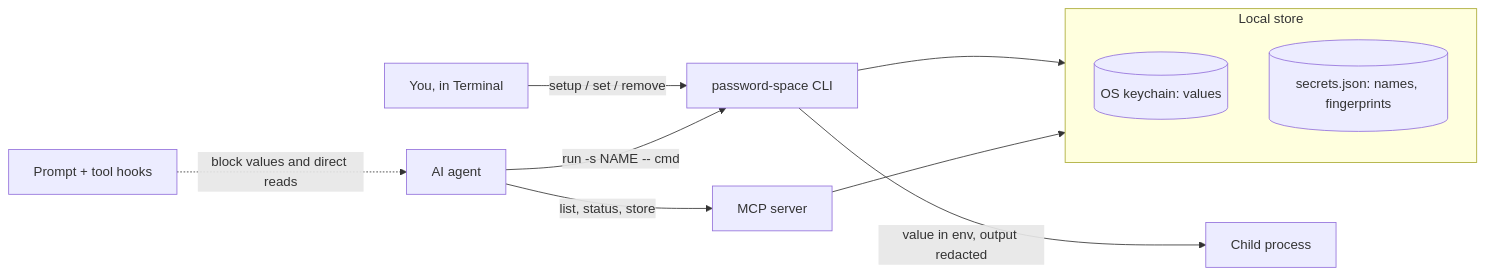
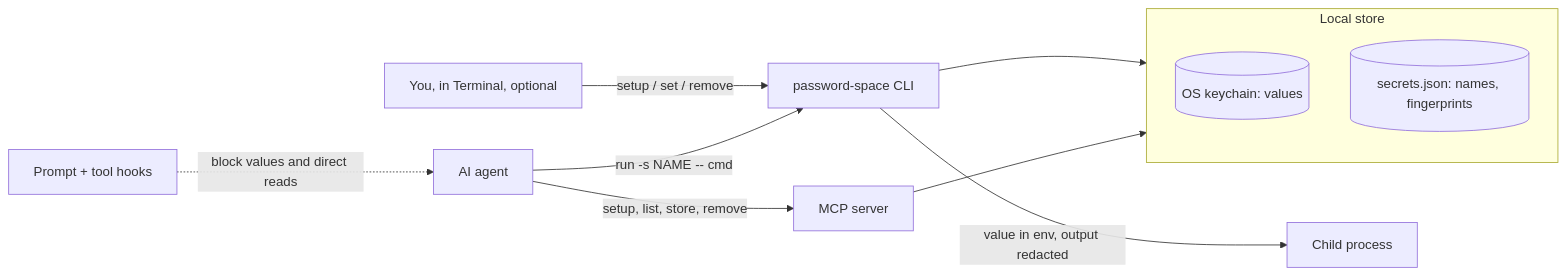
Before and after one commit to vishnutvm/password-space: the diagram in README.md, drawn with Mermaid. The commit also changed other lines of this file and 22 other files, not shown here.

First line of the commit message:
Let the agent run Password Space setup itself

````diff
--- a/README.md
+++ b/README.md
@@ -144,14 +163,14 @@
 ```mermaid
 flowchart LR
-  Human[You, in Terminal] -->|setup / set / remove| CLI[password-space CLI]
+  Human[You, in Terminal, optional] -->|setup / set / remove| CLI[password-space CLI]
   CLI --> Store
   subgraph Store[Local store]
     KC[(OS keychain: values)]
     JSON[(secrets.json: names, fingerprints)]
   end
-  Agent[AI agent] -->|list, status, store| MCP[MCP server]
+  Agent[AI agent] -->|setup, list, store, remove| MCP[MCP server]
   MCP --> Store
   Agent -->|run -s NAME -- cmd| CLI
   CLI -->|value in env, output redacted| Cmd[Child process]
   Hooks[Prompt + tool hooks] -.->|block values and direct reads| Agent
 ```
````
